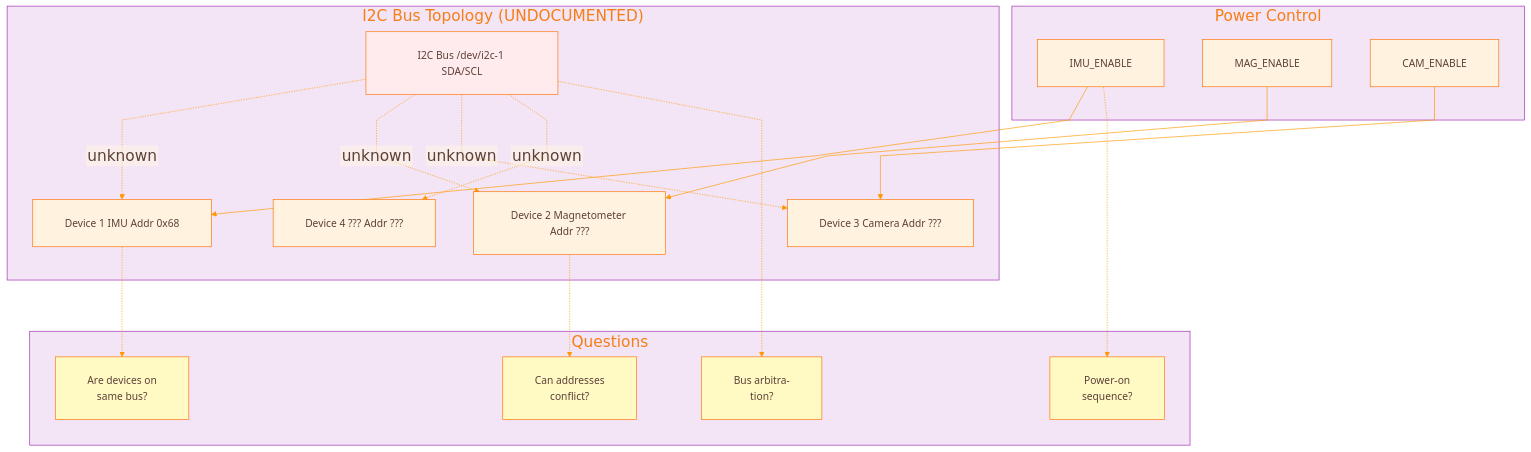
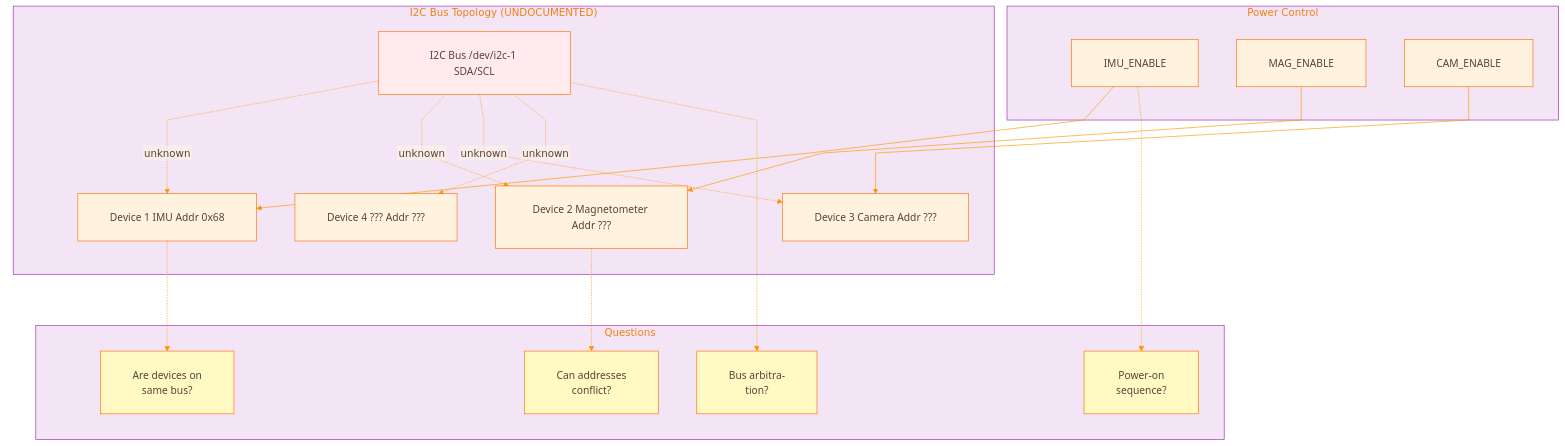
Before and after one commit to Lizo-RoadTown/PROVES_LIBRARY: the fifth of 9 diagrams in docs/diagrams/knowledge-gaps.md, drawn with Mermaid. The commit also changed other lines of this file and 6 other files, not shown here.

````diff
--- a/docs/diagrams/knowledge-gaps.md
+++ b/docs/diagrams/knowledge-gaps.md
@@ -1080,7 +1085,7 @@
 ---
 config:
   theme: base
-  fontSize: 20
+  fontSize: 16
   themeCSS: |
     .node rect, .cluster rect, .edgePath path { transition: filter 0.2s ease, stroke-width: 0.2s ease; }
     .node:hover rect, .cluster:hover rect, .edgePath:hover path { filter: drop-shadow(0 0 8px rgba(0,0,0,0.35)); stroke-width: 3px; }
@@ -1100,7 +1105,7 @@
     textColor: '#5D4037'
     lineColor: '#FF9800'
     fontFamily: '"Segoe UI", Tahoma, Geneva, Verdana, sans-serif'
-    fontSize: '24px'
+    fontSize: '16px'
     nodeBorder: '#FF6F00'
     mainBkg: '#FFF3E0'
     clusterBkg: '#F3E5F5'
@@ -1156,7 +1161,7 @@
     attributeBackgroundColorOdd: '#FFF8E1'
     attributeBackgroundColorEven: '#FFF3E0'
   gantt:
-    fontSize: 20
+    fontSize: 16
     barHeight: 24
     barGap: 6
     topPadding: 50
@@ -1263,6 +1268,7 @@
 ---
 flowchart TB
     subgraph "I2C Bus Topology (UNDOCUMENTED)"
+        spacer28[ ]:::spacer
         BUS["I2C Bus /dev/i2c-1 SDA/SCL"]
 
         DEV1[Device 1 IMU Addr 0x68]
@@ -1272,12 +1278,14 @@
     end
 
     subgraph "Power Control"
+        spacer29[ ]:::spacer
         LSM1[IMU_ENABLE]
         LSM2[MAG_ENABLE]
         LSM3[CAM_ENABLE]
     end
 
     subgraph "Questions"
+        spacer30[ ]:::spacer
         Q1[Are devices on<br/>same bus?]
         Q2[Can addresses<br/>conflict?]
         Q3[Power-on<br/>sequence?]
@@ -1306,4 +1314,5 @@
     %% Font sizing classes for consistency
     classDef default font-size:16px,font-family:Segoe UI,Tahoma,Geneva,Verdana,sans-serif;
     classDef diamond font-size:14px,font-family:Segoe UI,Tahoma,Geneva,Verdana,sans-serif;
+    classDef spacer fill:none,stroke:none,color:transparent,width:1px,height:1px;
 ```
````
